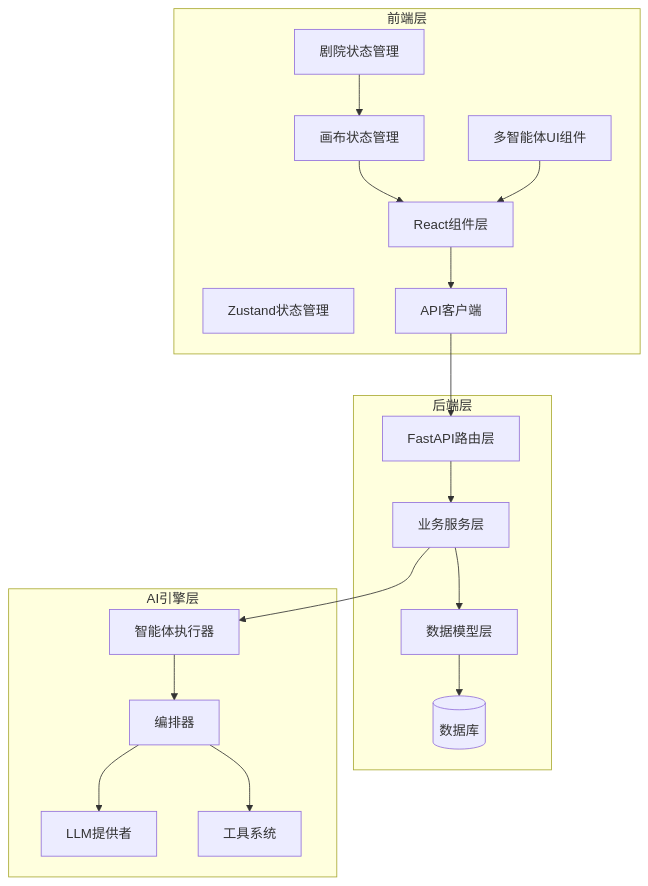
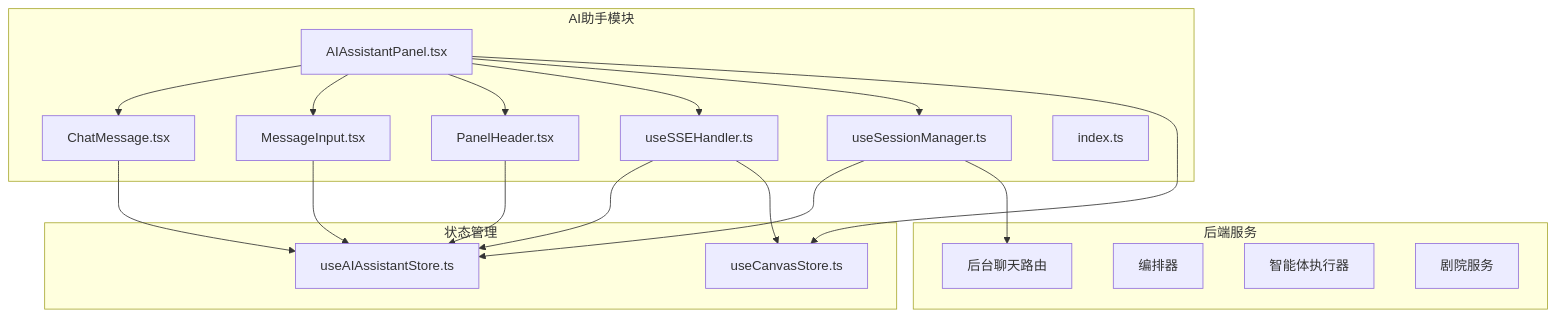
The first of 16 diagrams in .qoder/repowiki/zh/content/前端开发指南/AI助手面板增强.md (KunLabAI/KunFlix), drawn with Mermaid before and after one commit. The commit also changed other lines of this file and 12 other files, not shown here.

````diff
--- a/.qoder/repowiki/zh/content/前端开发指南/AI助手面板增强.md
+++ b/.qoder/repowiki/zh/content/前端开发指南/AI助手面板增强.md
@@ -58,35 +65,35 @@
 ```mermaid
 graph TB
-subgraph "前端层"
-UI[React组件层]
-Store[Zustand状态管理]
-API[API客户端]
-TheaterStore[剧院状态管理]
-CanvasStore[画布状态管理]
-MultiAgentUI[多智能体UI组件]
+subgraph "AI助手模块"
+AIAssistantPanel[AIAssistantPanel.tsx]
+ChatMessage[ChatMessage.tsx]
+MessageInput[MessageInput.tsx]
+PanelHeader[PanelHeader.tsx]
+useSSEHandler[useSSEHandler.ts]
+useSessionManager[useSessionManager.ts]
+index[index.ts]
 end
-subgraph "后端层"
-Router[FastAPI路由层]
-Service[业务服务层]
-Model[数据模型层]
-DB[(数据库)]
+subgraph "状态管理"
+useAIAssistantStore[useAIAssistantStore.ts]
+useCanvasStore[useCanvasStore.ts]
 end
-subgraph "AI引擎层"
-Agent[智能体执行器]
-Orchestrator[编排器]
-Provider[LLM提供者]
-Tool[工具系统]
+subgraph "后端服务"
+chats[后台聊天路由]
+orchestrator[编排器]
+agent_executor[智能体执行器]
+theater[剧院服务]
 end
-UI --> API
-API --> Router
-Router --> Service
-Service --> Model
-Model --> DB
-Service --> Agent
-Agent --> Orchestrator
-Orchestrator --> Provider
-Orchestrator --> Tool
-TheaterStore --> CanvasStore
-CanvasStore --> UI
-MultiAgentUI --> UI
+AIAssistantPanel --> ChatMessage
+AIAssistantPanel --> MessageInput
+AIAssistantPanel --> PanelHeader
+AIAssistantPanel --> useSSEHandler
+AIAssistantPanel --> useSessionManager
+ChatMessage --> useAIAssistantStore
+MessageInput --> useAIAssistantStore
+PanelHeader --> useAIAssistantStore
+useSSEHandler --> useAIAssistantStore
+useSessionManager --> useAIAssistantStore
+AIAssistantPanel --> useCanvasStore
+useSSEHandler --> useCanvasStore
+useSessionManager --> chats
 ```
````
